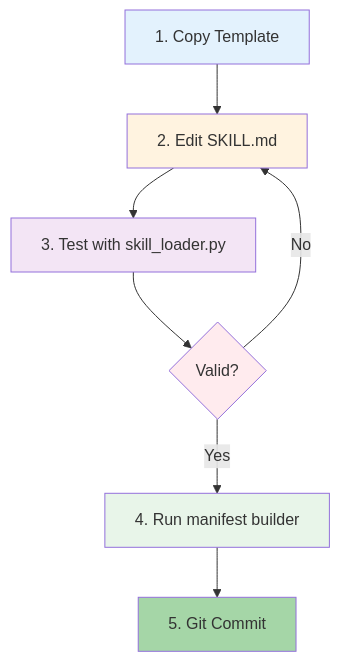
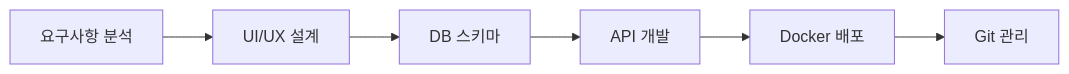
The third of 5 diagrams in README.md (akillness/skills-template), drawn with Mermaid before and after one commit. The commit also changed other lines of this file and 85 other files, not shown here.

````diff
--- a/README.md
+++ b/README.md
@@ -254,16 +482,8 @@
 ```mermaid
-flowchart TD
-    A["1. Copy Template"] --> B["2. Edit SKILL.md"]
-    B --> C["3. Test with skill_loader.py"]
-    C --> D{"Valid?"}
-    D -->|Yes| E["4. Run manifest builder"]
-    D -->|No| B
-    E --> F["5. Git Commit"]
-
-    style A fill:#e3f2fd
-    style B fill:#fff3e0
-    style C fill:#f3e5f5
-    style D fill:#ffebee
-    style E fill:#e8f5e9
-    style F fill:#a5d6a7
+flowchart LR
+    A["요구사항 분석"] --> B["UI/UX 설계"]
+    B --> C["DB 스키마"]
+    C --> D["API 개발"]
+    D --> E["Docker 배포"]
+    E --> F["Git 관리"]
 ```
````
